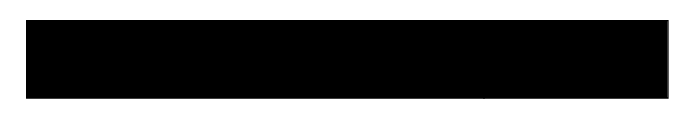
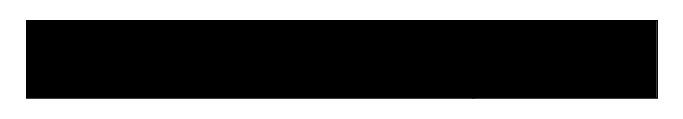
The diagram in trunk/org.be.textbe.beviz.be2gv.test/testfiles/org.be.textbe.bt.examples.bt_notation_1.0/Tags/Deleted.dot (t-ho/textbe), drawn with Graphviz before and after one commit. The commit also changed 10 other files, not shown here.

```diff
--- a/trunk/org.be.textbe.beviz.be2gv.test/testfiles/org.be.textbe.bt.examples.bt_notation_1.0/Tags/Deleted.dot
+++ b/trunk/org.be.textbe.beviz.be2gv.test/testfiles/org.be.textbe.bt.examples.bt_notation_1.0/Tags/Deleted.dot
@@ -1,5 +1,5 @@
 digraph structs {
 	splines="line" 
 	node [shape=plaintext, fontname=Arial, fontsize=12]; 
-	n1 [label=<<TABLE BORDER="0" BGCOLOR="#org.eclipse.m2m.atl.engine.emfvm.lib.OclUndefined@12b29ed" CELLBORDER="0" CELLSPACING="0" CELLPADDING="0" PORT="p"><TR><TD><TABLE BORDER="1" CELLBORDER="0" CELLSPACING="2" CELLPADDING="0"><TR><TD  WIDTH="50" HEIGHT="25">R1 </TD></TR><TR><TD  WIDTH="50" HEIGHT="25">org.eclipse.m2m.atl.engine.emfvm.lib.OclUndefined@12b29ed </TD></TR></TABLE></TD><TD><TABLE BORDER="1" CELLBORDER="0" CELLSPACING="2" CELLPADDING="0"><TR><TD  HEIGHT="25" WIDTH="115" PORT="top">C </TD><TD  WIDTH="15" HEIGHT="25"><TABLE BORDER="0" CELLBORDER="0" CELLSPACING="2" CELLPADDING="0"><TR><TD></TD></TR><TR><TD></TD></TR></TABLE></TD></TR><TR><TD  HEIGHT="25" WIDTH="115"><TABLE BORDER="0" CELLBORDER="0" CELLSPACING="0" CELLPADDING="0"><TR><TD ALIGN="RIGHT">[</TD><TD>s </TD><TD ALIGN="LEFT">&#93;</TD></TR></TABLE></TD></TR></TABLE></TD></TR></TABLE>>]; 
+	n1 [label=<<TABLE BORDER="0" BGCOLOR="#org.eclipse.m2m.atl.engine.emfvm.lib.OclUndefined@5dbc82" CELLBORDER="0" CELLSPACING="0" CELLPADDING="0" PORT="p"><TR><TD><TABLE BORDER="1" CELLBORDER="0" CELLSPACING="2" CELLPADDING="0"><TR><TD  WIDTH="50" HEIGHT="25">R1 </TD></TR><TR><TD  WIDTH="50" HEIGHT="25">org.eclipse.m2m.atl.engine.emfvm.lib.OclUndefined@5dbc82 </TD></TR></TABLE></TD><TD><TABLE BORDER="1" CELLBORDER="0" CELLSPACING="2" CELLPADDING="0"><TR><TD  HEIGHT="25" WIDTH="115" PORT="top">C </TD><TD  WIDTH="15" HEIGHT="25"><TABLE BORDER="0" CELLBORDER="0" CELLSPACING="2" CELLPADDING="0"><TR><TD></TD></TR><TR><TD></TD></TR></TABLE></TD></TR><TR><TD  HEIGHT="25" WIDTH="115"><TABLE BORDER="0" CELLBORDER="0" CELLSPACING="0" CELLPADDING="0"><TR><TD ALIGN="RIGHT">[</TD><TD>s </TD><TD ALIGN="LEFT">&#93;</TD></TR></TABLE></TD></TR></TABLE></TD></TR></TABLE>>]; 
 }
```
